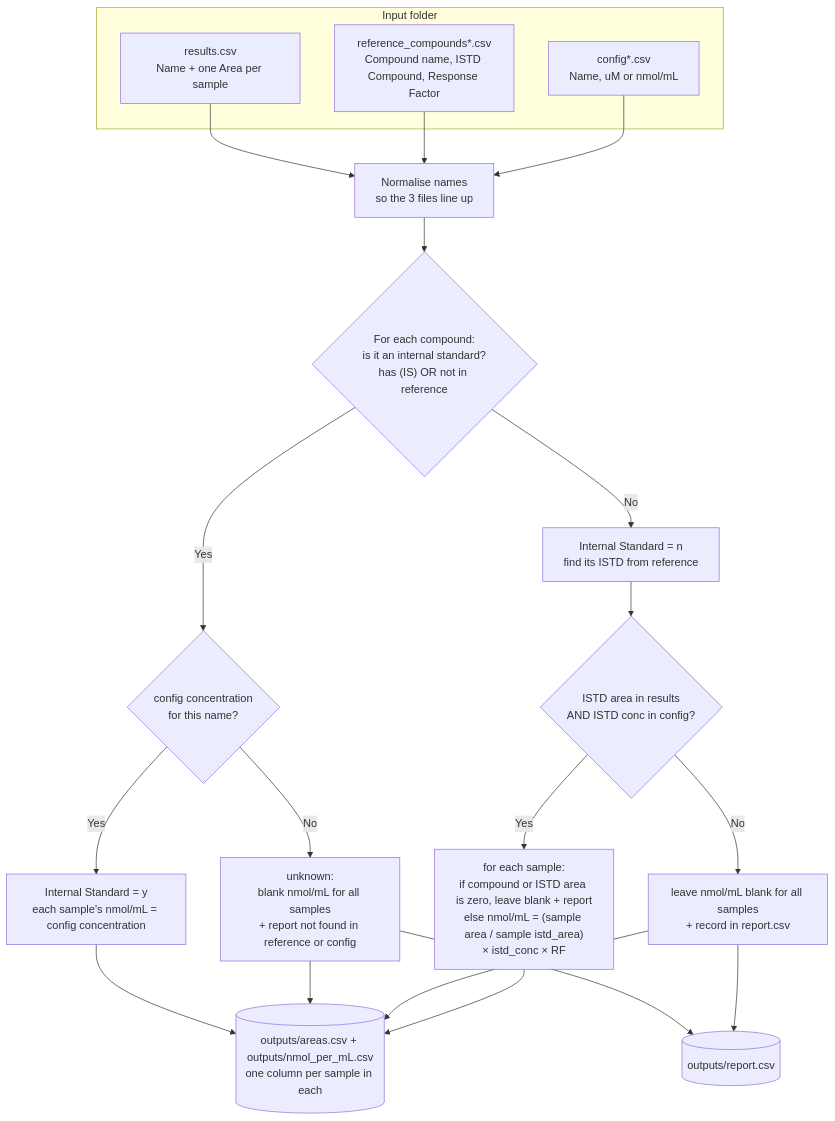
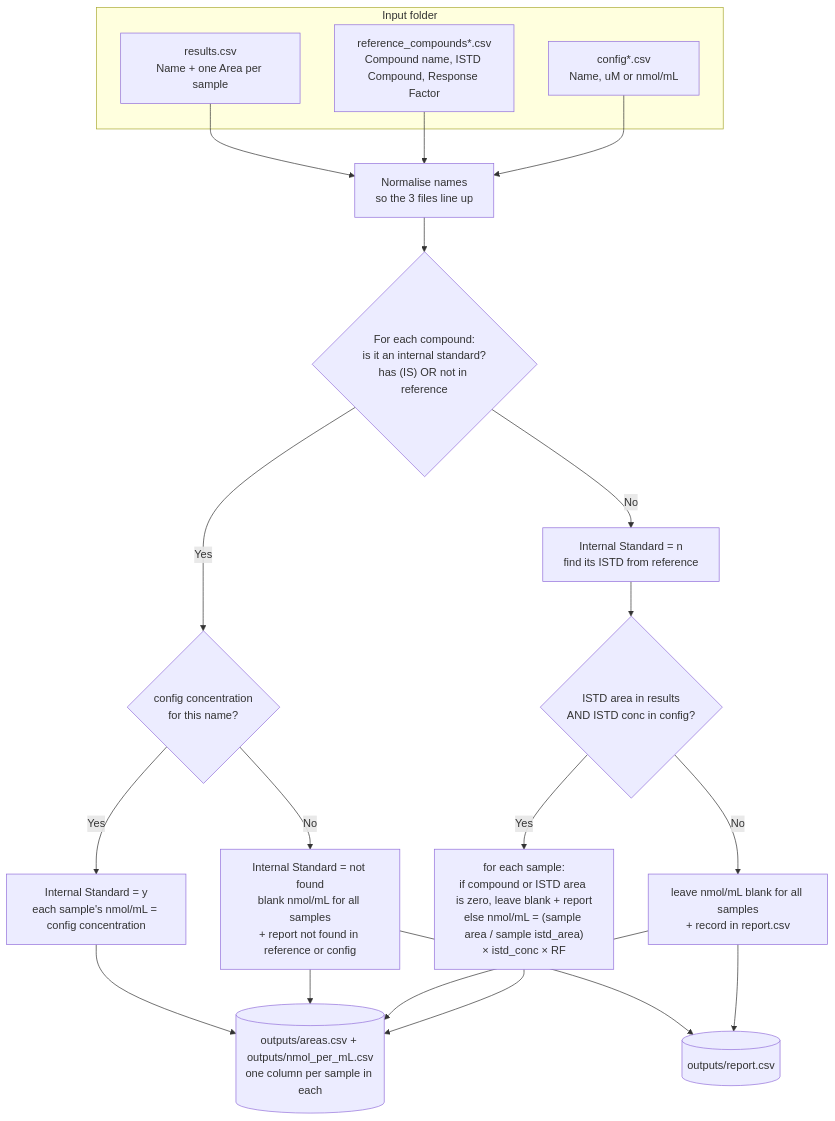
Before and after one commit to Jack-Coutts/targeted_lipid_panel_calculator: the diagram in README.md, drawn with Mermaid. The commit also changed other lines of this file and 2 other files, not shown here.

First line of the commit message:
Mark unknown rows as not found in the Internal Standard column

````diff
--- a/README.md
+++ b/README.md
@@ -34,30 +34,30 @@
 ```mermaid
 flowchart TD
     subgraph IN[Input folder]
       A[results.csv<br/>Name + one Area per sample]
       B[reference_compounds*.csv<br/>Compound name, ISTD Compound, Response Factor]
       C[config*.csv<br/>Name, uM or nmol/mL]
     end
 
     A --> N[Normalise names<br/>so the 3 files line up]
     B --> N
     C --> N
     N --> R{"For each compound:<br/>is it an internal standard?<br/>has (IS) OR not in reference"}
 
     R -->|Yes| ISC{"config concentration<br/>for this name?"}
     R -->|No| CALC["Internal Standard = n<br/>find its ISTD from reference"]
 
     ISC -->|Yes| ISY["Internal Standard = y<br/>each sample's nmol/mL = config concentration"]
-    ISC -->|No| UNK["unknown:<br/>blank nmol/mL for all samples<br/>+ report not found in reference or config"]
+    ISC -->|No| UNK["Internal Standard = not found<br/>blank nmol/mL for all samples<br/>+ report not found in reference or config"]
 
     CALC --> F{"ISTD area in results<br/>AND ISTD conc in config?"}
     F -->|No| SKIP["leave nmol/mL blank for all samples<br/>+ record in report.csv"]
     F -->|Yes| FORMULA["for each sample:<br/>if compound or ISTD area is zero, leave blank + report<br/>else nmol/mL = (sample area / sample istd_area)<br/>× istd_conc × RF"]
 
     ISY --> OUT[("outputs/areas.csv + outputs/nmol_per_mL.csv<br/>one column per sample in each")]
     UNK --> OUT
     SKIP --> OUT
     FORMULA --> OUT
     UNK --> REP[(outputs/report.csv)]
     SKIP --> REP
 ```
````
